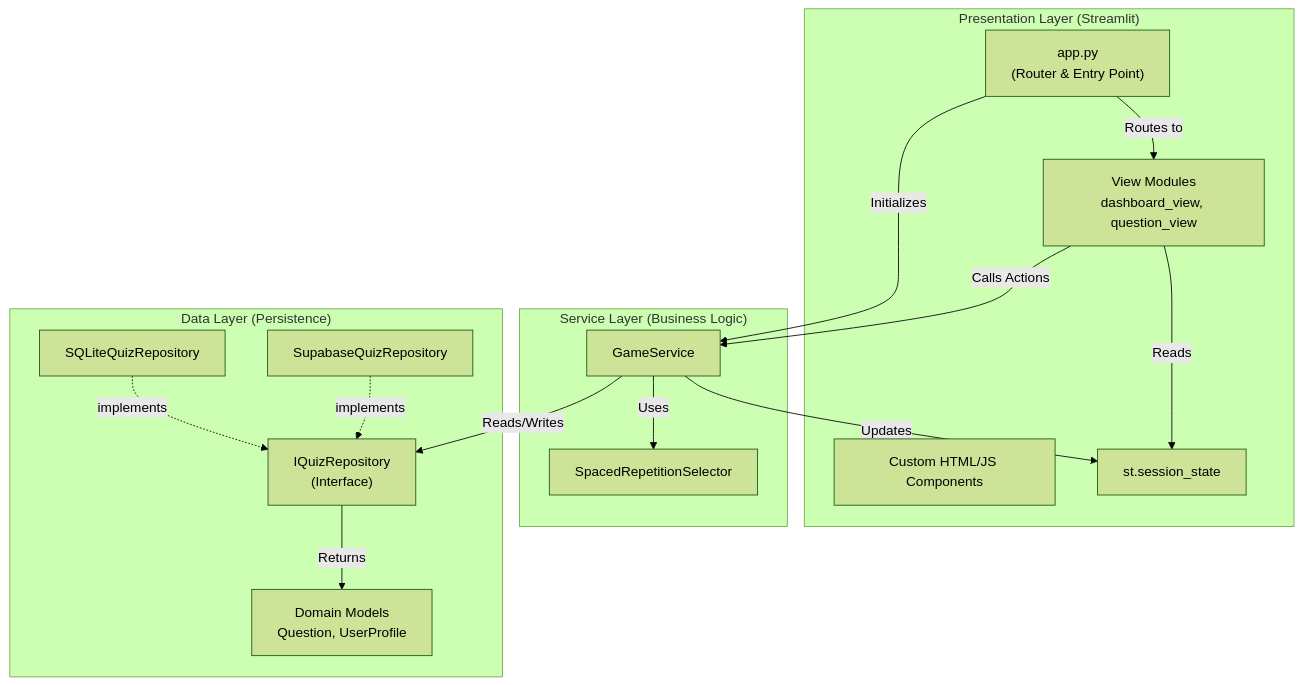
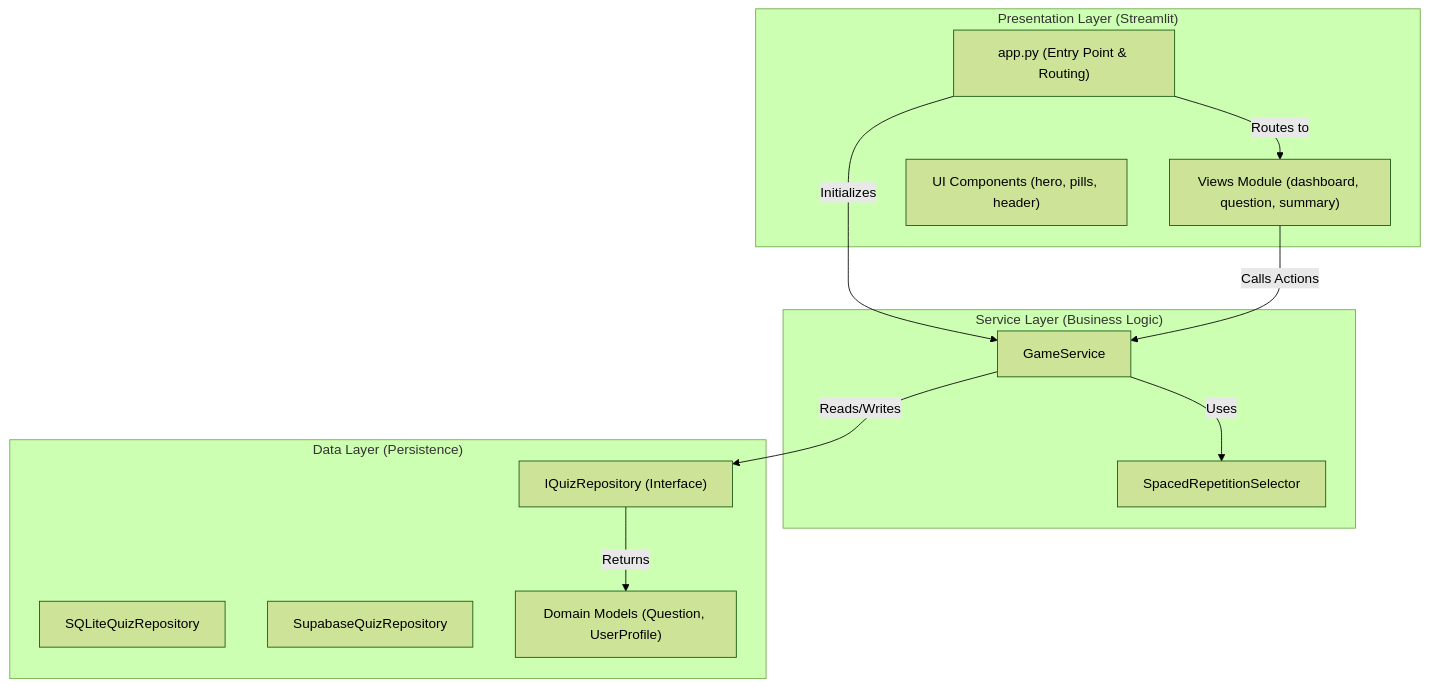
The diagram in doc/00-architecture.md (m1981/forklift-quiz), drawn with Mermaid (forest theme) before and after one commit. The commit also changed other lines of this file and 4 other files, not shown here.

Commit message:
docs: restructure architecture documentation with domain logic and data model

````diff
--- a/doc/00-architecture.md
+++ b/doc/00-architecture.md
@@ -11,36 +7,28 @@
 ```mermaid
 graph TD
-    subgraph Presentation["Presentation Layer (Streamlit)"]
-        App["app.py<br/>(Router & Entry Point)"]
-        Views["View Modules<br/>dashboard_view, question_view"]
-        Components["Custom HTML/JS Components"]
-        Session["st.session_state"]
+    subgraph Presentation ["Presentation Layer (Streamlit)"]
+        App["app.py (Entry Point & Routing)"]
+        Views["Views Module (dashboard, question, summary)"]
+        Components["UI Components (hero, pills, header)"]
     end
 
-    subgraph Service["Service Layer (Business Logic)"]
-        GameService["GameService"]
-        Algo["SpacedRepetitionSelector"]
+    subgraph Logic ["Service Layer (Business Logic)"]
+        Service["GameService"]
+        Selector["SpacedRepetitionSelector"]
     end
 
-    subgraph Data["Data Layer (Persistence)"]
-        Repo["IQuizRepository<br/>(Interface)"]
-        SQLiteRepo["SQLiteQuizRepository"]
-        SupabaseRepo["SupabaseQuizRepository"]
-        Models["Domain Models<br/>Question, UserProfile"]
+    subgraph Data ["Data Layer (Persistence)"]
+        Repo["IQuizRepository (Interface)"]
+        SQLite["SQLiteQuizRepository"]
+        Supabase["SupabaseQuizRepository"]
+        Models["Domain Models (Question, UserProfile)"]
     end
 
-    %% Interactions
-    App -->|Initializes| GameService
+    %% Data Flow
+    App -->|Initializes| Service
     App -->|Routes to| Views
-
-    Views -->|Reads| Session
-    Views -->|Calls Actions| GameService
-
-    GameService -->|Updates| Session
-    GameService -->|Uses| Algo
-    GameService -->|Reads/Writes| Repo
-
+    Views -->|Calls Actions| Service
+    Service -->|Reads/Writes| Repo
+    Service -->|Uses| Selector
     Repo -->|Returns| Models
-    SQLiteRepo -.->|implements| Repo
-    SupabaseRepo -.->|implements| Repo
 ```
````
